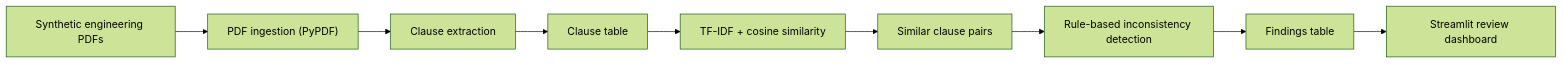
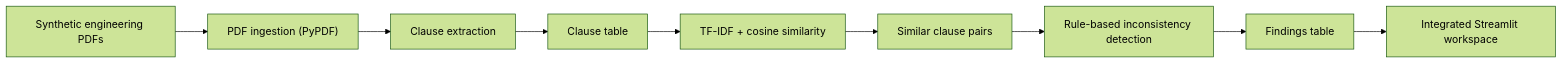
The first of 2 diagrams in README.md (flaviagaia/engineering-document-consistency-ai), drawn with Mermaid (forest theme) before and after one commit. The commit also changed other lines of this file and 8 other files, not shown here.

Commit message:
Turn app into integrated document analysis workspace

````diff
--- a/README.md
+++ b/README.md
@@ -42,11 +43,11 @@
 ```mermaid
 flowchart LR
     A["Synthetic engineering PDFs"] --> B["PDF ingestion (PyPDF)"]
     B --> C["Clause extraction"]
     C --> D["Clause table"]
     D --> E["TF-IDF + cosine similarity"]
     E --> F["Similar clause pairs"]
     F --> G["Rule-based inconsistency detection"]
     G --> H["Findings table"]
-    H --> I["Streamlit review dashboard"]
+    H --> I["Integrated Streamlit workspace"]
 ```
````
